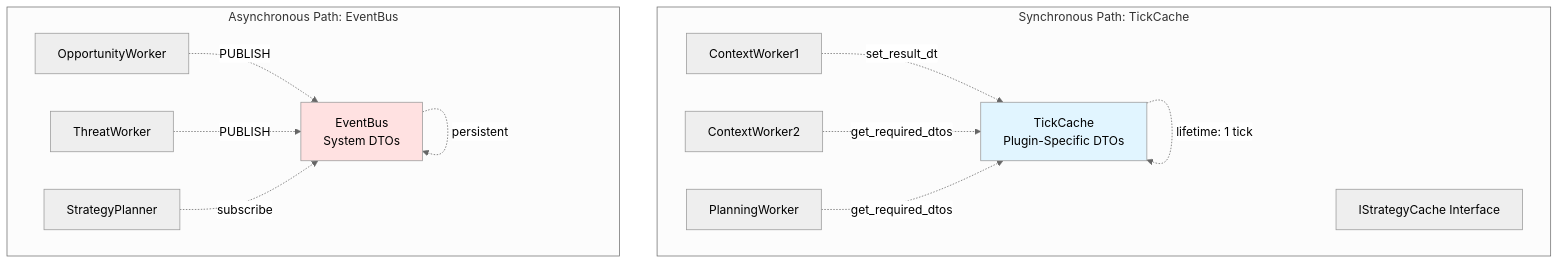
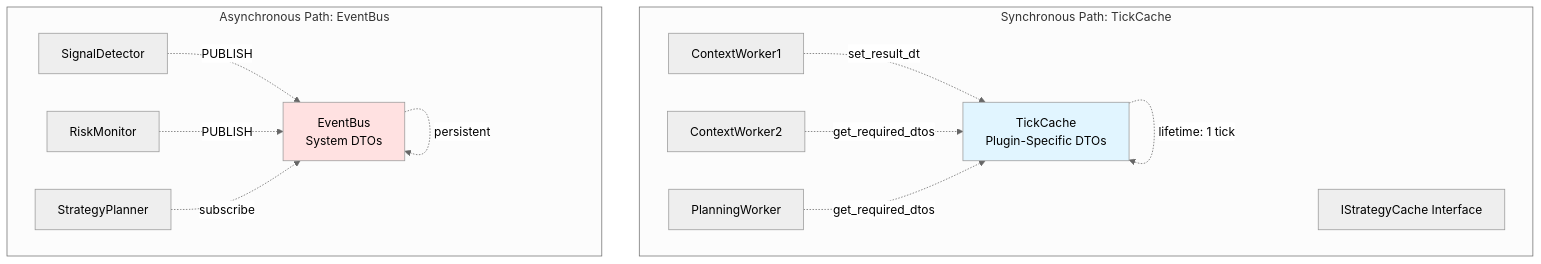
Before and after one commit to MikeyVK/S1mpleTraderV3: the first of 2 diagrams in docs/architecture/DATA_FLOW.md, drawn with Mermaid (neutral theme). The commit also changed other lines of this file and 10 other files, not shown here.

First line of the commit message:
docs: Fix capitalized Opportunity/Threat references in active documentation

````diff
--- a/docs/architecture/DATA_FLOW.md
+++ b/docs/architecture/DATA_FLOW.md
@@ -12,23 +12,23 @@
 ```mermaid
 graph TB
     subgraph "Synchronous Path: TickCache"
         TC[TickCache<br/>Plugin-Specific DTOs]
         ISC[IStrategyCache Interface]
         CW1[ContextWorker1] -.set_result_dto.-> TC
         CW2[ContextWorker2] -.get_required_dtos.-> TC
         PW[PlanningWorker] -.get_required_dtos.-> TC
     end
     
     subgraph "Asynchronous Path: EventBus"
         Bus[EventBus<br/>System DTOs]
-        OW[OpportunityWorker] -.PUBLISH.-> Bus
-        TW[ThreatWorker] -.PUBLISH.-> Bus
+        OW[SignalDetector] -.PUBLISH.-> Bus
+        TW[RiskMonitor] -.PUBLISH.-> Bus
         SP[StrategyPlanner] -.subscribe.-> Bus
     end
     
     TC -.lifetime: 1 tick.-> TC
     Bus -.persistent.-> Bus
     
     style TC fill:#e1f5ff
     style Bus fill:#ffe1e1
 ```
````
